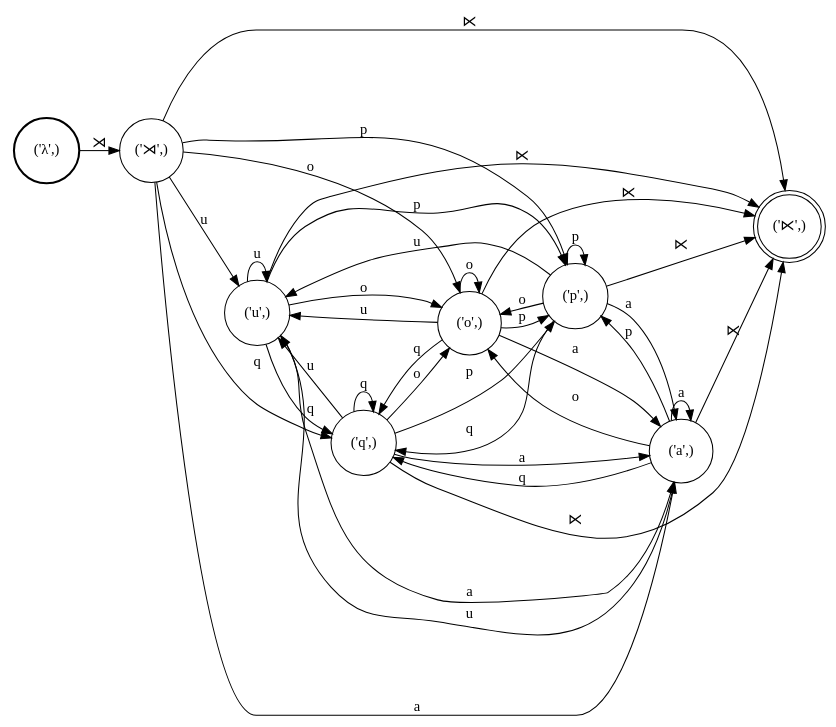
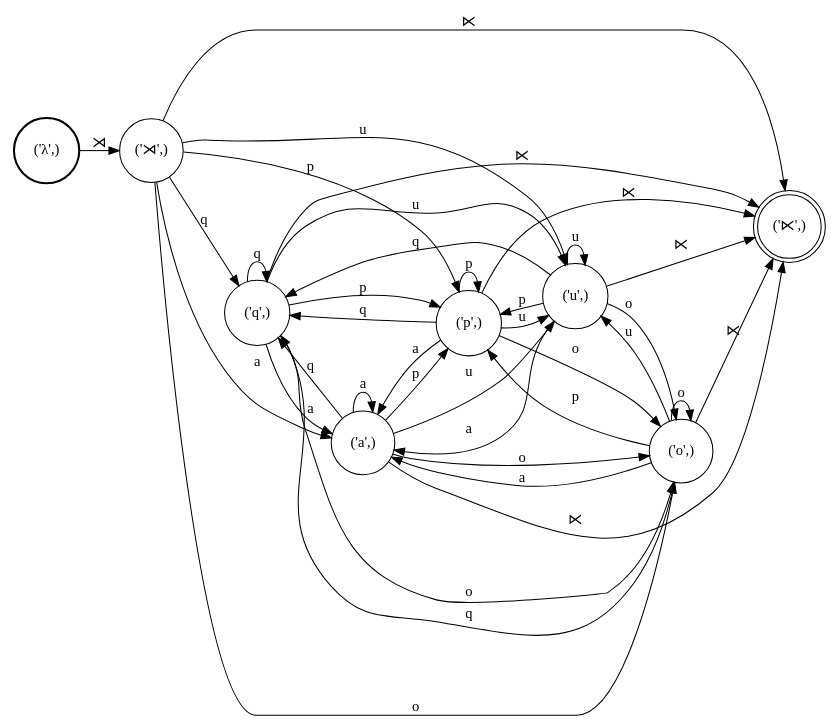
One commit to colincwilson/statgram changed the diagram in demo/quechua/Left_context.dot. Above: the diagram before and after it, drawn with Graphviz. The commit also changed 11 other files, not shown here.

```diff
--- a/demo/quechua/Left_context.dot
+++ b/demo/quechua/Left_context.dot
@@ -1,53 +1,53 @@
 digraph FST {
 rankdir = LR;
 size = "8.5,11";
 center = 1;
 orientation = Portrait;
 ranksep = "0.4";
 nodesep = "0.25";
 0 [label = "('λ',)", shape = circle, style = bold, fontsize = 14]
 	0 -> 1 [label = "⋊", fontsize = 14];
 1 [label = "('⋊',)", shape = circle, style = solid, fontsize = 14]
-	1 -> 2 [label = "u", fontsize = 14];
-	1 -> 3 [label = "q", fontsize = 14];
-	1 -> 4 [label = "o", fontsize = 14];
-	1 -> 5 [label = "a", fontsize = 14];
-	1 -> 6 [label = "p", fontsize = 14];
+	1 -> 2 [label = "q", fontsize = 14];
+	1 -> 3 [label = "a", fontsize = 14];
+	1 -> 4 [label = "p", fontsize = 14];
+	1 -> 5 [label = "o", fontsize = 14];
+	1 -> 6 [label = "u", fontsize = 14];
 	1 -> 7 [label = "⋉", fontsize = 14];
-2 [label = "('u',)", shape = circle, style = solid, fontsize = 14]
-	2 -> 2 [label = "u", fontsize = 14];
-	2 -> 3 [label = "q", fontsize = 14];
-	2 -> 4 [label = "o", fontsize = 14];
-	2 -> 5 [label = "a", fontsize = 14];
-	2 -> 6 [label = "p", fontsize = 14];
+2 [label = "('q',)", shape = circle, style = solid, fontsize = 14]
+	2 -> 2 [label = "q", fontsize = 14];
+	2 -> 3 [label = "a", fontsize = 14];
+	2 -> 4 [label = "p", fontsize = 14];
+	2 -> 5 [label = "o", fontsize = 14];
+	2 -> 6 [label = "u", fontsize = 14];
 	2 -> 7 [label = "⋉", fontsize = 14];
-3 [label = "('q',)", shape = circle, style = solid, fontsize = 14]
-	3 -> 2 [label = "u", fontsize = 14];
-	3 -> 3 [label = "q", fontsize = 14];
-	3 -> 4 [label = "o", fontsize = 14];
-	3 -> 5 [label = "a", fontsize = 14];
-	3 -> 6 [label = "p", fontsize = 14];
+3 [label = "('a',)", shape = circle, style = solid, fontsize = 14]
+	3 -> 2 [label = "q", fontsize = 14];
+	3 -> 3 [label = "a", fontsize = 14];
+	3 -> 4 [label = "p", fontsize = 14];
+	3 -> 5 [label = "o", fontsize = 14];
+	3 -> 6 [label = "u", fontsize = 14];
 	3 -> 7 [label = "⋉", fontsize = 14];
-4 [label = "('o',)", shape = circle, style = solid, fontsize = 14]
-	4 -> 2 [label = "u", fontsize = 14];
-	4 -> 3 [label = "q", fontsize = 14];
-	4 -> 4 [label = "o", fontsize = 14];
-	4 -> 5 [label = "a", fontsize = 14];
-	4 -> 6 [label = "p", fontsize = 14];
+4 [label = "('p',)", shape = circle, style = solid, fontsize = 14]
+	4 -> 2 [label = "q", fontsize = 14];
+	4 -> 3 [label = "a", fontsize = 14];
+	4 -> 4 [label = "p", fontsize = 14];
+	4 -> 5 [label = "o", fontsize = 14];
+	4 -> 6 [label = "u", fontsize = 14];
 	4 -> 7 [label = "⋉", fontsize = 14];
-5 [label = "('a',)", shape = circle, style = solid, fontsize = 14]
-	5 -> 2 [label = "u", fontsize = 14];
-	5 -> 3 [label = "q", fontsize = 14];
-	5 -> 4 [label = "o", fontsize = 14];
-	5 -> 5 [label = "a", fontsize = 14];
-	5 -> 6 [label = "p", fontsize = 14];
+5 [label = "('o',)", shape = circle, style = solid, fontsize = 14]
+	5 -> 2 [label = "q", fontsize = 14];
+	5 -> 3 [label = "a", fontsize = 14];
+	5 -> 4 [label = "p", fontsize = 14];
+	5 -> 5 [label = "o", fontsize = 14];
+	5 -> 6 [label = "u", fontsize = 14];
 	5 -> 7 [label = "⋉", fontsize = 14];
-6 [label = "('p',)", shape = circle, style = solid, fontsize = 14]
-	6 -> 2 [label = "u", fontsize = 14];
-	6 -> 3 [label = "q", fontsize = 14];
-	6 -> 4 [label = "o", fontsize = 14];
-	6 -> 5 [label = "a", fontsize = 14];
-	6 -> 6 [label = "p", fontsize = 14];
+6 [label = "('u',)", shape = circle, style = solid, fontsize = 14]
+	6 -> 2 [label = "q", fontsize = 14];
+	6 -> 3 [label = "a", fontsize = 14];
+	6 -> 4 [label = "p", fontsize = 14];
+	6 -> 5 [label = "o", fontsize = 14];
+	6 -> 6 [label = "u", fontsize = 14];
 	6 -> 7 [label = "⋉", fontsize = 14];
 7 [label = "('⋉',)", shape = doublecircle, style = solid, fontsize = 14]
 }
```
